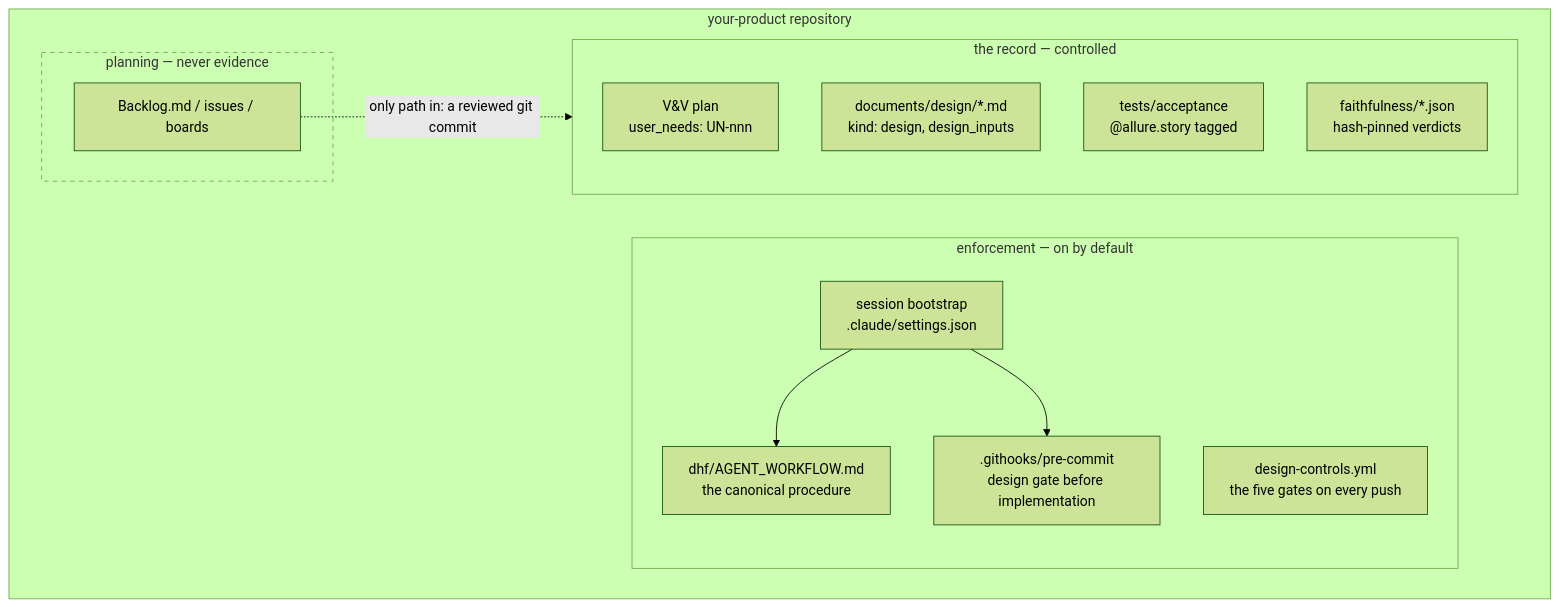
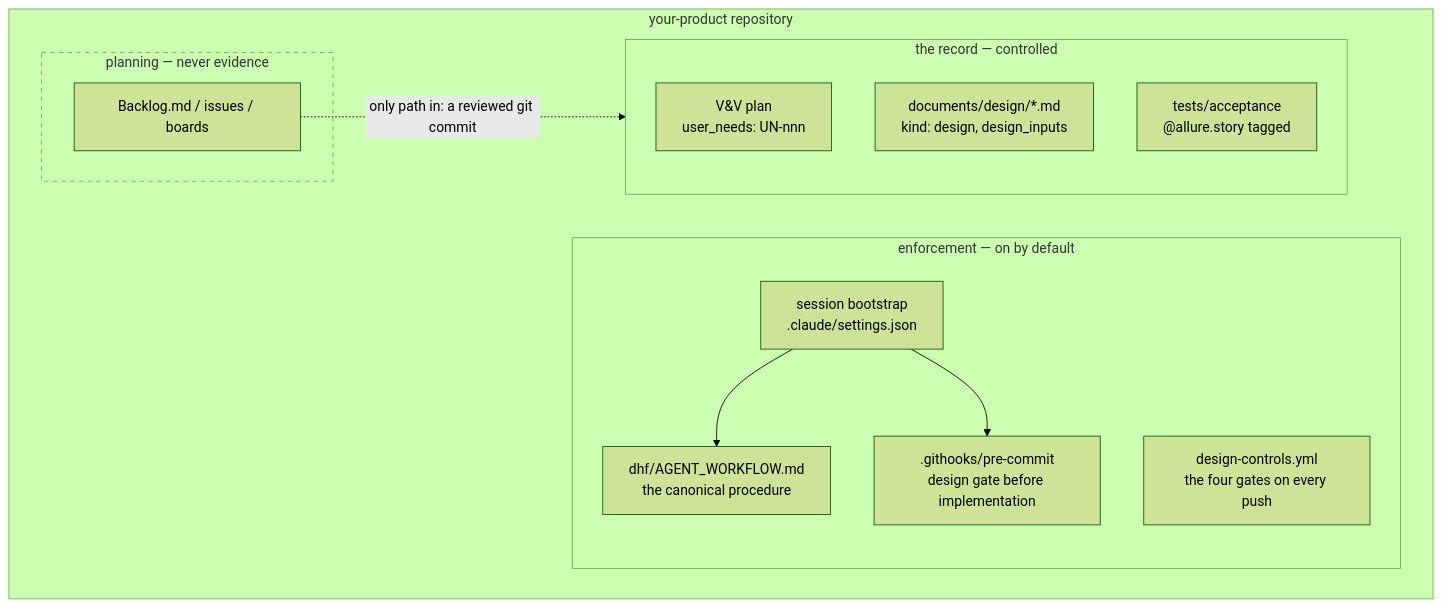
The third of 3 diagrams in docs/index.md (scope-impact/rdm), drawn with Mermaid (forest theme) before and after one commit. The commit also changed other lines of this file and 92 other files, not shown here.

````diff
--- a/docs/index.md
+++ b/docs/index.md
@@ -82,25 +82,24 @@
 ```mermaid
 flowchart TD
     subgraph repo["your-product repository"]
         subgraph record["the record — controlled"]
             VVP["V&V plan<br>user_needs: UN-nnn"]
             DESIGN["documents/design/*.md<br>kind: design, design_inputs"]
             TESTS["tests/acceptance<br>@allure.story tagged"]
-            FAITH["faithfulness/*.json<br>hash-pinned verdicts"]
         end
         subgraph enforce["enforcement — on by default"]
             BOOT["session bootstrap<br>.claude/settings.json"]
             RUNBOOK["dhf/AGENT_WORKFLOW.md<br>the canonical procedure"]
             HOOK[".githooks/pre-commit<br>design gate before implementation"]
-            CI["design-controls.yml<br>the five gates on every push"]
+            CI["design-controls.yml<br>the four gates on every push"]
         end
         subgraph plan["planning — never evidence"]
             PM["Backlog.md / issues / boards"]
         end
     end
     BOOT --> RUNBOOK
     BOOT --> HOOK
     PM -. "only path in: a reviewed git commit" .-> record
 
     style plan stroke-dasharray: 5 5
 ```
````
